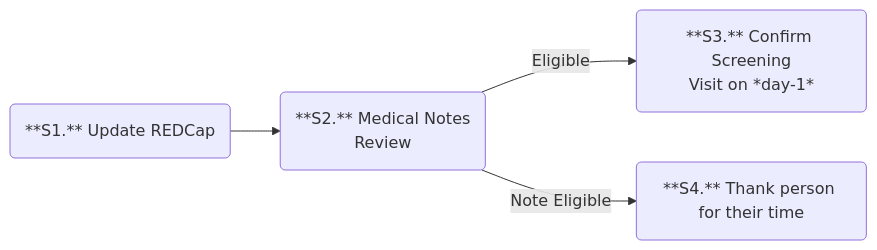
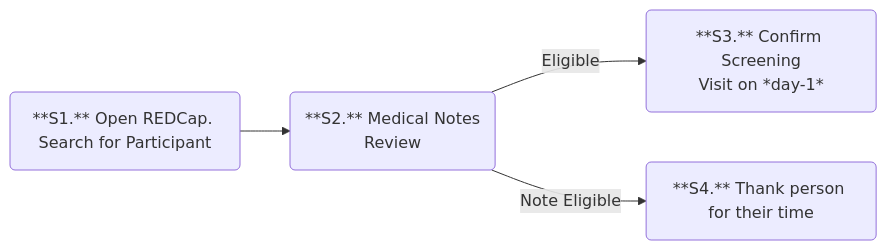
The third of 10 diagrams in site/our-work/tmr/participant-flow.qmd (sh-publichealth/info-hub), drawn with Mermaid before and after one commit. The commit also changed other lines of this file and 41 other files, not shown here.

````diff
--- a/site/our-work/tmr/participant-flow.qmd
+++ b/site/our-work/tmr/participant-flow.qmd
@@ -74,15 +75,15 @@
 ```{mermaid}
 %%| label: fig-mermaid-flowchart3
 %%| fig-cap: TMR Screening Visit. Part 1 - Preparation
 %%| fig-alt: screening visit, drawn using Mermaid.
 flowchart LR
 
-S1(**S1.** Update REDCap)
+S1(**S1.** Open REDCap. Search for Participant)
 S2(**S2.** Medical Notes<br/>Review)
 S3(**S3.** Confirm Screening<br/>Visit on *day-1*)
 S4(**S4.** Thank person for their time)
 S1 --> S2
 S2 -- "Eligible" --> S3
 S2 -- "Note Eligible" --> S4
 
 ```
````
